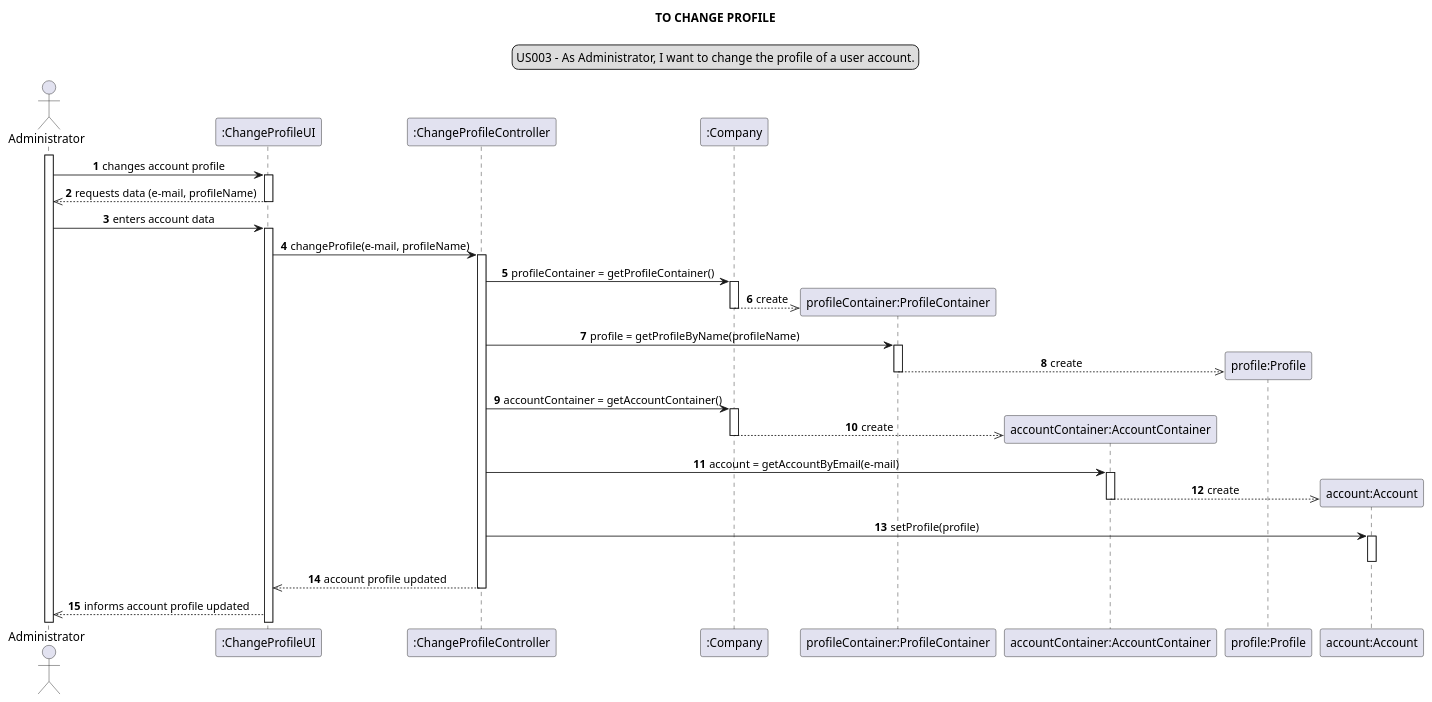
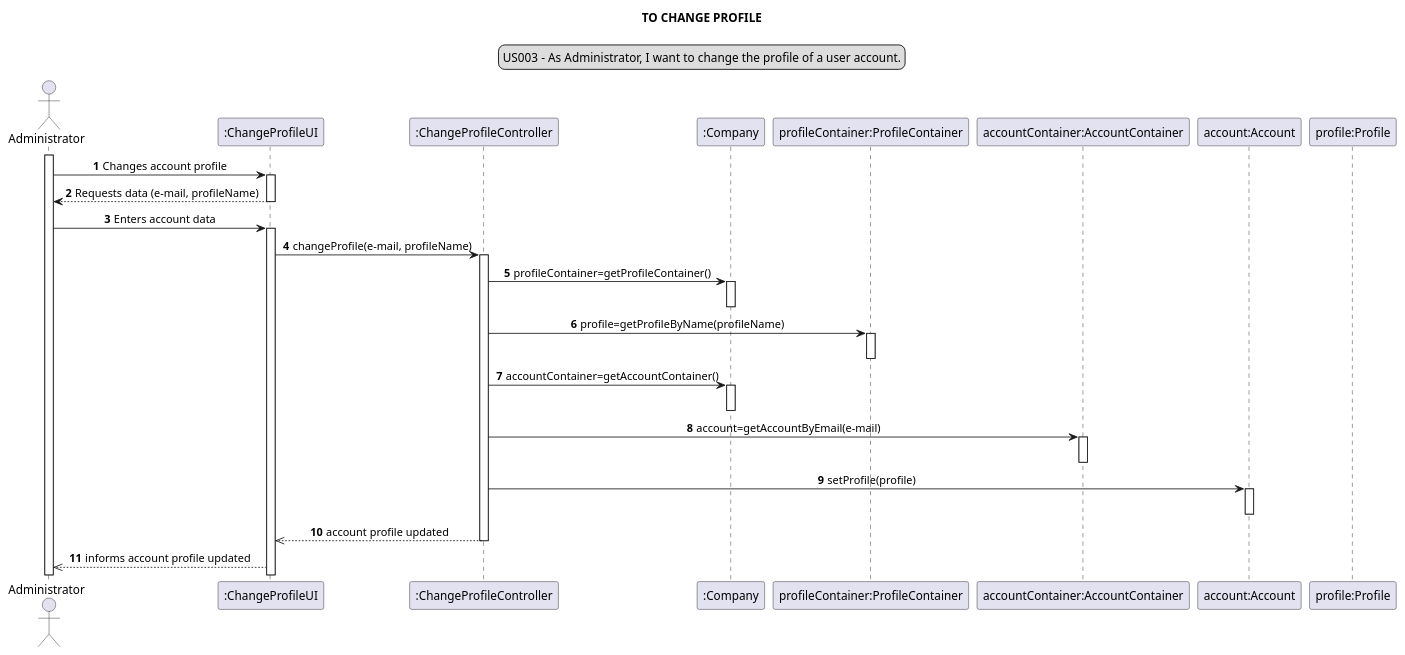
Before and after one commit to Loracline/project_switch_22-23: the diagram in docs/modelling_design/user_stories/us003/US003_sequenceDiagram.puml, drawn with PlantUML. The commit also changed 2 other files, not shown here.

Commit message:
US003 : Design : Refined Sequence Diagram.
US003: Development: Refined ChangeProfileControllerTest.
Refined changeProfile method in ChangeProfileController class.

```diff
--- a/docs/modelling_design/user_stories/us003/US003_sequenceDiagram.puml
+++ b/docs/modelling_design/user_stories/us003/US003_sequenceDiagram.puml
@@ -1,56 +1,48 @@
 @startuml
+
+
+actor Administrator
+participant ":ChangeProfileUI" as ui
+participant ":ChangeProfileController" as controller
+participant ":Company" as company
+participant "profileContainer:ProfileContainer" as pcontainer
+participant "accountContainer:AccountContainer" as acontainer
+participant "account:Account" as account
+participant "profile:Profile" as pprofile
 
 skinparam sequenceMessageAlign center
 title TO CHANGE PROFILE
 legend top
 US003 - As Administrator, I want to change the profile of a user account.
 end legend
 autonumber
-actor Administrator
-participant ":ChangeProfileUI" as ui
-participant ":ChangeProfileController" as controller
-participant ":Company" as company
-participant "profileContainer:ProfileContainer" as pcontainer
-participant "accountContainer:AccountContainer" as acontainer
-participant "profile:Profile" as pprofile
-participant "account:Account" as account
-
-
 activate Administrator
-Administrator -> ui: changes account profile
+Administrator -> ui:  Changes account profile
 activate ui
-Administrator <<-- ui: requests data (e-mail, profileName)
+Administrator <-- ui:  Requests data (e-mail, profileName)
 deactivate ui
-Administrator -> ui: enters account data
+Administrator -> ui:  Enters account data
 activate ui
 ui -> controller: changeProfile(e-mail, profileName)
 activate controller
-controller -> company: profileContainer = getProfileContainer()
+controller -> company: profileContainer=getProfileContainer()
 activate company
-create pcontainer
-company -->> pcontainer : create
 deactivate company
-controller -> pcontainer: profile = getProfileByName(profileName)
+controller -> pcontainer: profile=getProfileByName(profileName)
 activate pcontainer
-create pprofile
-pcontainer -->> pprofile: create
 deactivate pcontainer
-controller-> company: accountContainer = getAccountContainer()
+controller-> company: accountContainer=getAccountContainer()
 activate company
-create acontainer
-company -->> acontainer: create
 deactivate company
-controller -> acontainer: account = getAccountByEmail(e-mail)
+controller -> acontainer: account=getAccountByEmail(e-mail)
 activate acontainer
-create account
-acontainer -->> account: create
 deactivate acontainer
 controller -> account: setProfile(profile)
 activate account
 deactivate account
 controller -->> ui: account profile updated
 deactivate controller
 ui -->> Administrator: informs account profile updated
 
 
 @enduml
```
